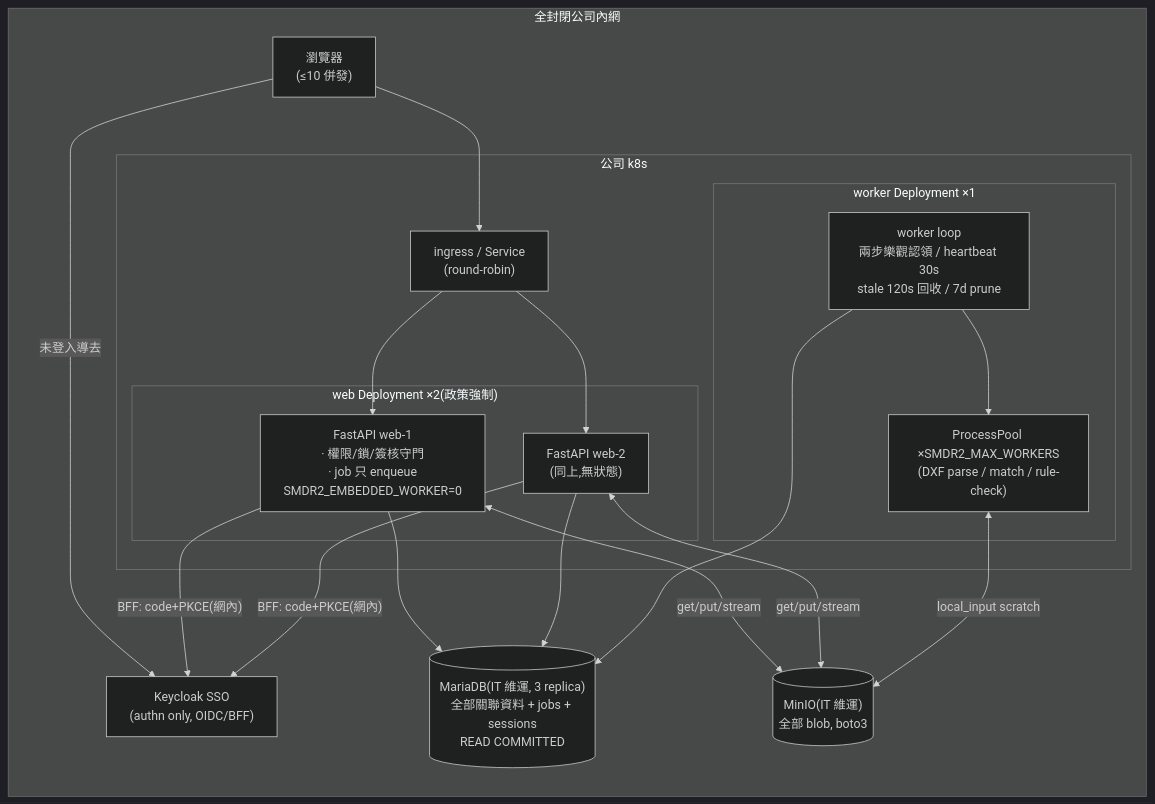
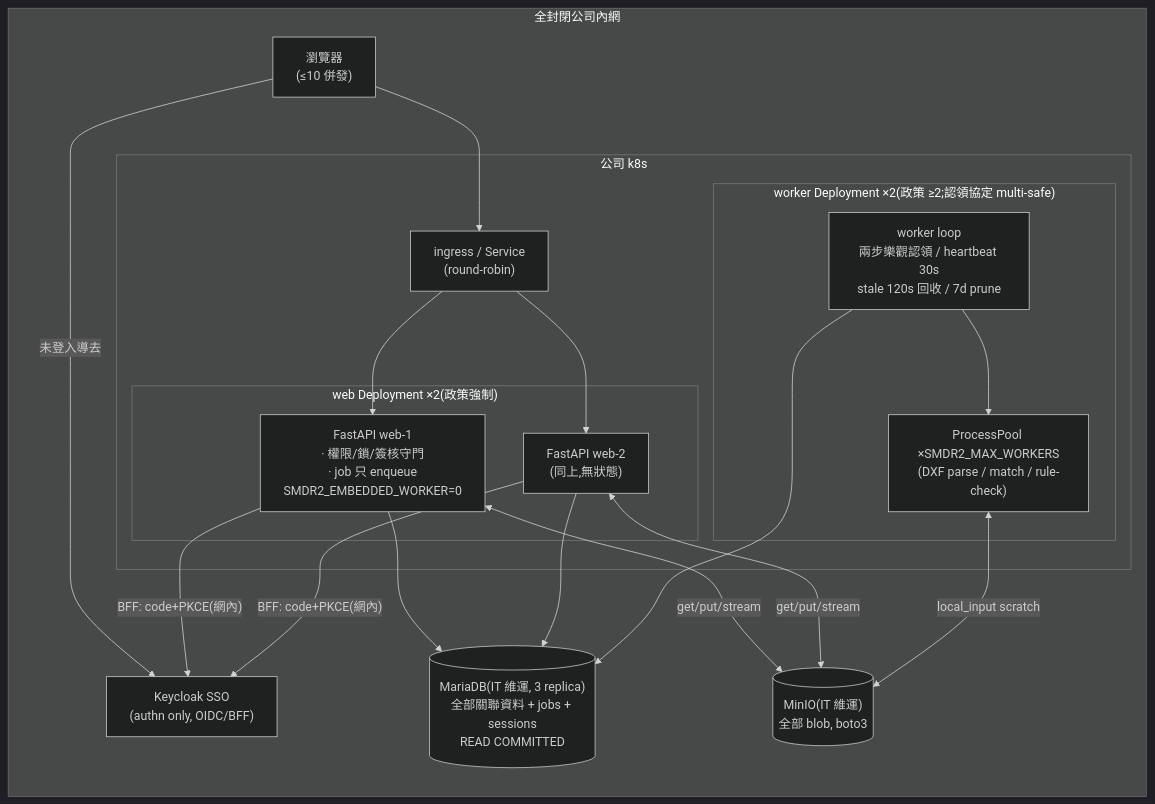
The second of 18 diagrams in SYSTEM_DESIGN.md (yiting-tom/SMDR2), drawn with Mermaid (dark theme) before and after one commit. The commit also changed other lines of this file and 2 other files, not shown here.

First line of the commit message:
deploy: company policy clarified — every Deployment runs replicas >= 2

````diff
--- a/SYSTEM_DESIGN.md
+++ b/SYSTEM_DESIGN.md
@@ -230,31 +230,31 @@
 ```mermaid
 flowchart LR
     subgraph net["全封閉公司內網"]
         B["瀏覽器<br/>(≤10 併發)"]
         KC["Keycloak SSO<br/>(authn only, OIDC/BFF)"]
 
         subgraph k8s["公司 k8s"]
             ING["ingress / Service<br/>(round-robin)"]
             subgraph webs["web Deployment ×2(政策強制)"]
                 W1["FastAPI web-1<br/>· 權限/鎖/簽核守門<br/>· job 只 enqueue<br/>SMDR2_EMBEDDED_WORKER=0"]
                 W2["FastAPI web-2<br/>(同上,無狀態)"]
             end
-            subgraph wk["worker Deployment ×1"]
+            subgraph wk["worker Deployment ×2(政策 ≥2;認領協定 multi-safe)"]
                 WL["worker loop<br/>兩步樂觀認領 / heartbeat 30s<br/>stale 120s 回收 / 7d prune"]
                 PP["ProcessPool ×SMDR2_MAX_WORKERS<br/>(DXF parse / match / rule-check)"]
             end
         end
 
         DB[("MariaDB(IT 維運, 3 replica)<br/>全部關聯資料 + jobs + sessions<br/>READ COMMITTED")]
         MINIO[("MinIO(IT 維運)<br/>全部 blob, boto3")]
     end
 
     B -->|未登入導去| KC
     B --> ING --> W1 & W2
     W1 & W2 -->|"BFF: code+PKCE(網內)"| KC
     W1 & W2 --> DB
     W1 & W2 <-->|"get/put/stream"| MINIO
     WL --> DB
     WL --> PP
     PP <-->|"local_input scratch"| MINIO
 ```
````
